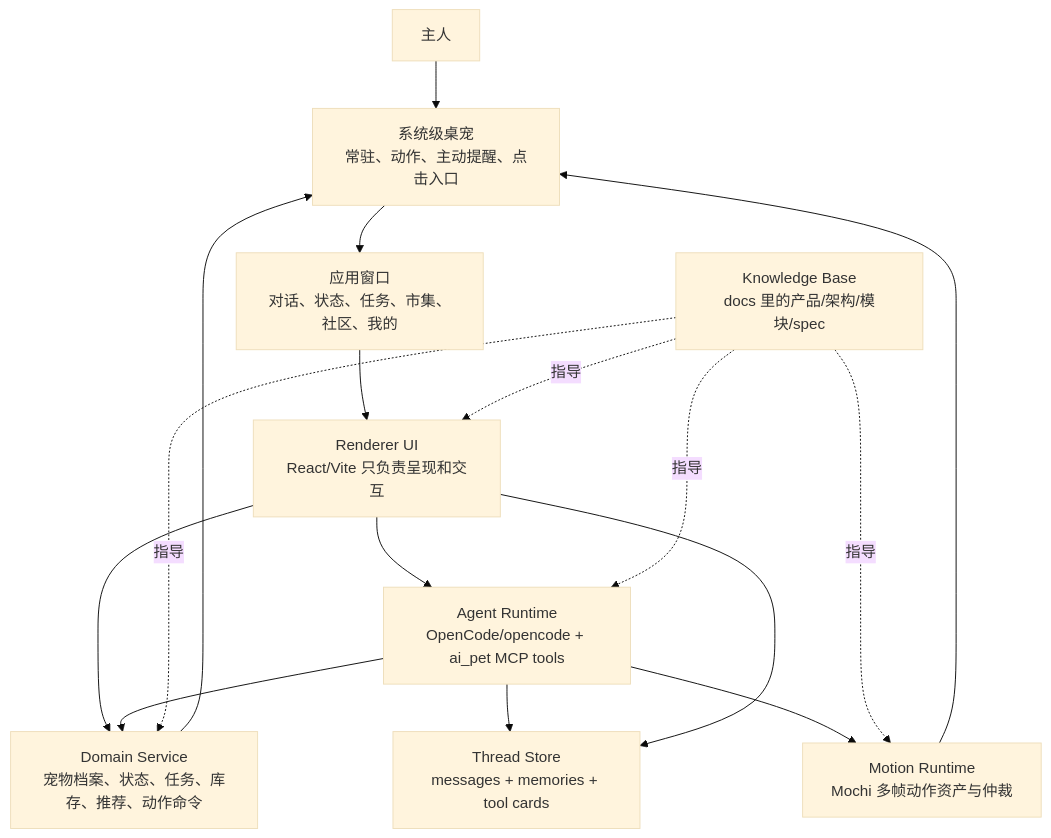
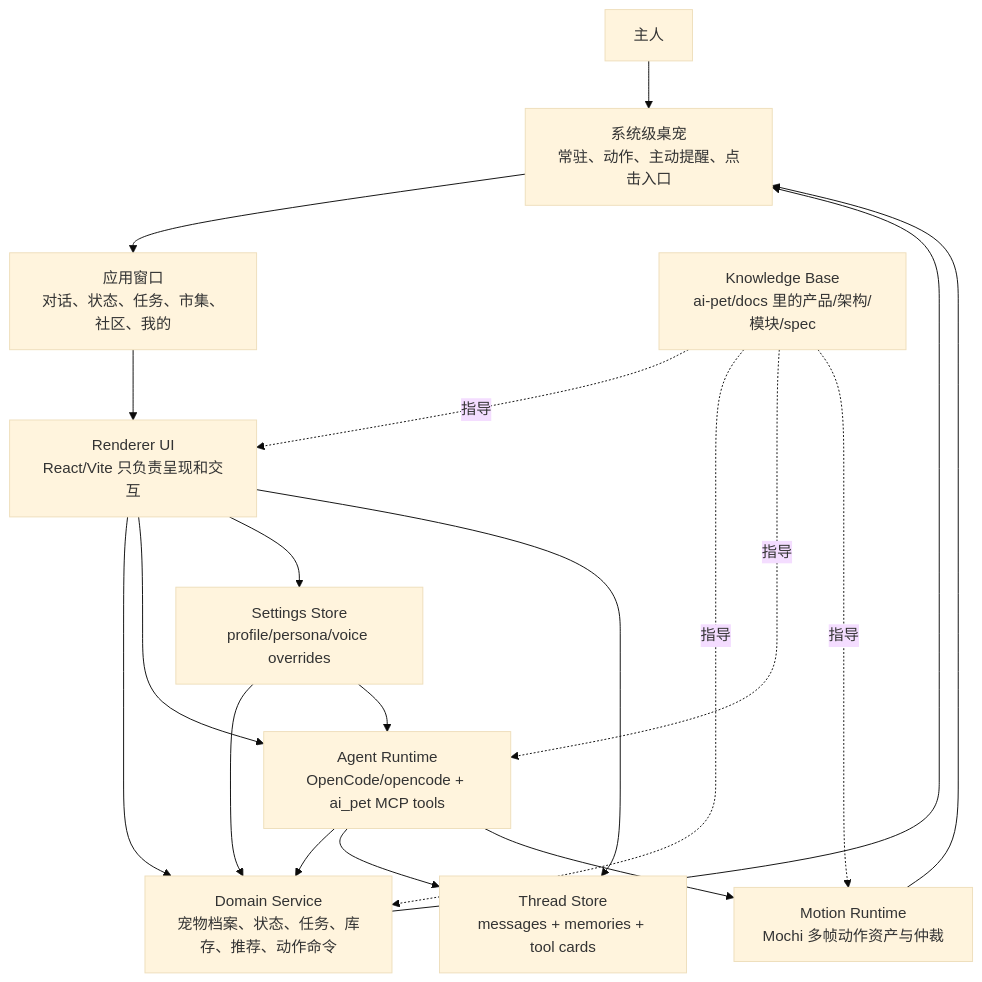
Before and after one commit to rc314159-creator/ai_pet_nono: the diagram in ai-pet/docs/architecture/product-logic-framework-2026-05-31.md, drawn with Mermaid (base theme). The commit also changed other lines of this file and 52 other files, not shown here.

Commit message:
Fix AI pet agent runtime and desktop bubble delivery

````diff
--- a/ai-pet/docs/architecture/product-logic-framework-2026-05-31.md
+++ b/ai-pet/docs/architecture/product-logic-framework-2026-05-31.md
@@ -82,28 +110,32 @@
 ```mermaid
 flowchart TD
   User["主人"]
   DesktopPet["系统级桌宠<br/>常驻、动作、主动提醒、点击入口"]
   AppWindow["应用窗口<br/>对话、状态、任务、市集、社区、我的"]
   Renderer["Renderer UI<br/>React/Vite 只负责呈现和交互"]
   Domain["Domain Service<br/>宠物档案、状态、任务、库存、推荐、动作命令"]
   Agent["Agent Runtime<br/>OpenCode/opencode + ai_pet MCP tools"]
   Memory["Thread Store<br/>messages + memories + tool cards"]
+  Settings["Settings Store<br/>profile/persona/voice overrides"]
   Motion["Motion Runtime<br/>Mochi 多帧动作资产与仲裁"]
-  KB["Knowledge Base<br/>docs 里的产品/架构/模块/spec"]
+  KB["Knowledge Base<br/>ai-pet/docs 里的产品/架构/模块/spec"]
 
   User --> DesktopPet
   DesktopPet --> AppWindow
   AppWindow --> Renderer
   Renderer --> Domain
   Renderer --> Agent
+  Renderer --> Settings
+  Settings --> Domain
+  Settings --> Agent
   Agent --> Domain
   Agent --> Memory
   Renderer --> Memory
   Agent --> Motion
   Motion --> DesktopPet
   Domain --> DesktopPet
   KB -.指导.-> Renderer
   KB -.指导.-> Domain
   KB -.指导.-> Agent
   KB -.指导.-> Motion
 ```
````
